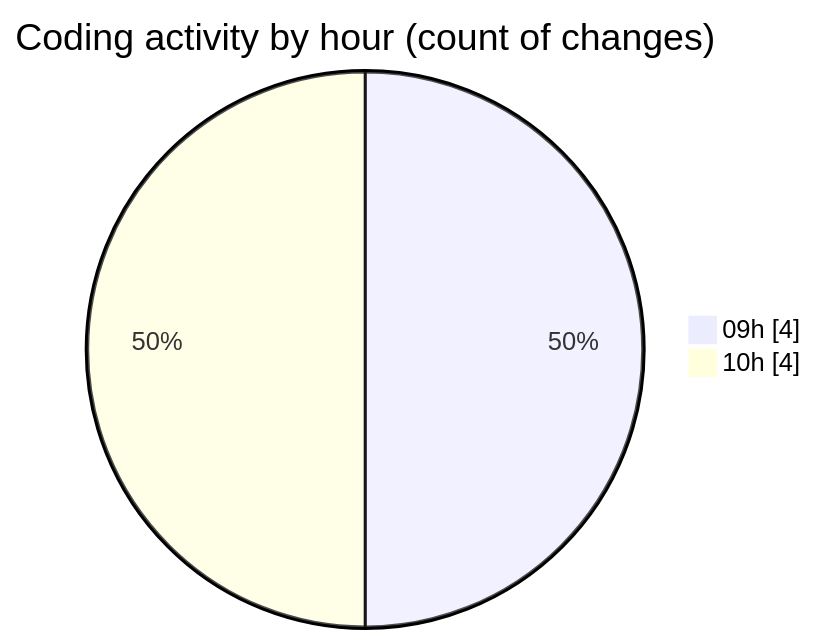
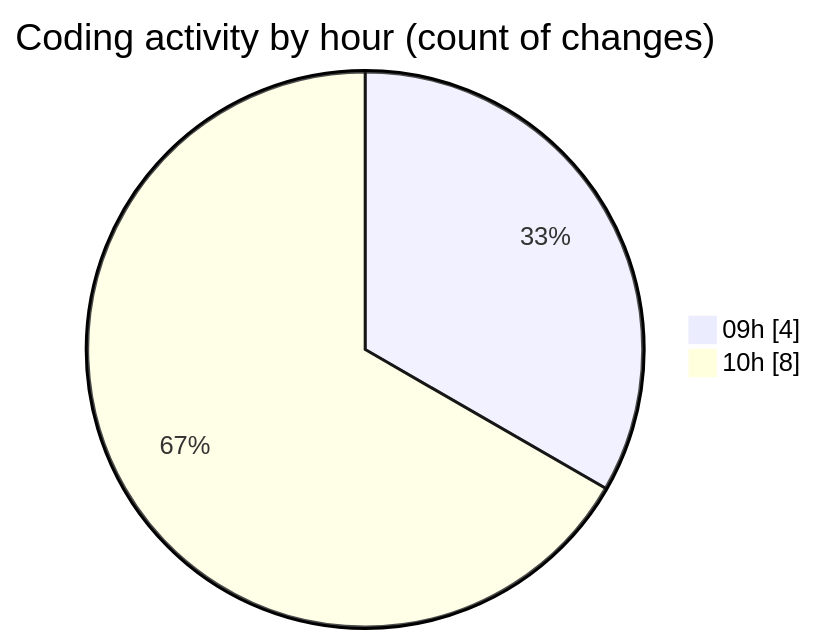
One commit to nxtqubesakshisongat/code-tracking changed the second of 2 diagrams in 2026-02-18/nxtqube_webapp/README.md. Above: the diagram before and after it, drawn with Mermaid. The commit also changed other lines of this file and 1 other file, not shown here.

````diff
--- a/2026-02-18/nxtqube_webapp/README.md
+++ b/2026-02-18/nxtqube_webapp/README.md
@@ -34,6 +34,6 @@
 ```mermaid
 pie showData
 title Coding activity by hour (count of changes)
 "09h" : 4
-"10h" : 4
+"10h" : 8
 ```
````
